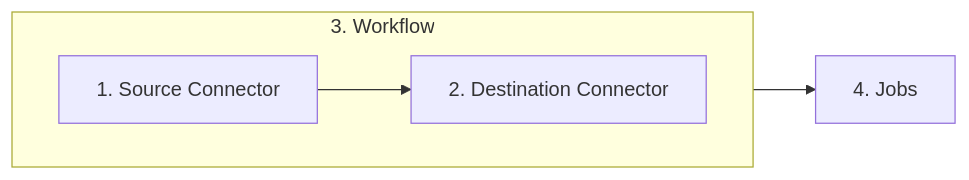
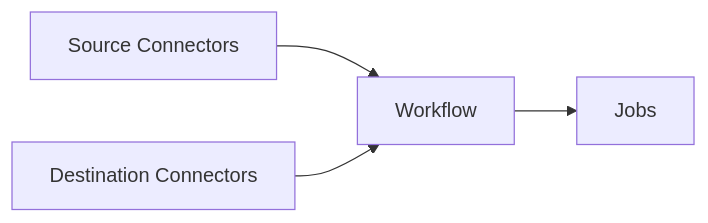
The second of 2 diagrams in platform/overview.mdx (Unstructured-IO/docs), drawn with Mermaid before and after one commit. The commit also changed other lines of this file and 23 other files, not shown here.

````diff
--- a/platform/overview.mdx
+++ b/platform/overview.mdx
@@ -78,9 +79,12 @@
 ```mermaid
-  flowchart LR
-    subgraph Workflow[3. Workflow]
-        direction LR
-        Source[1. Source Connector] --> Destination[2. Destination Connector]
-    end
-    Jobs
-    Workflow[3. Workflow] --> Jobs[4. Jobs]
+flowchart LR
+    
+    SC[Source Connectors]
+    DC[Destination Connectors]
+    W[Workflow]
+    J[Jobs]
+    
+    SC --> W
+    DC --> W
+    W --> J
 ```
````
